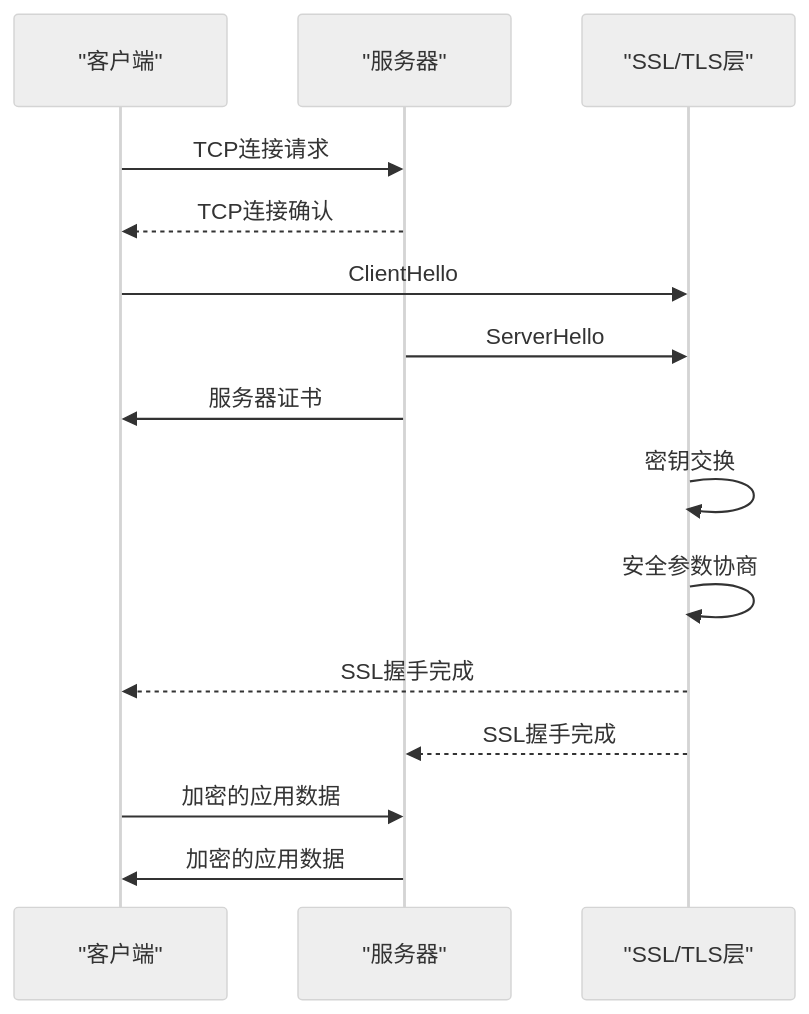
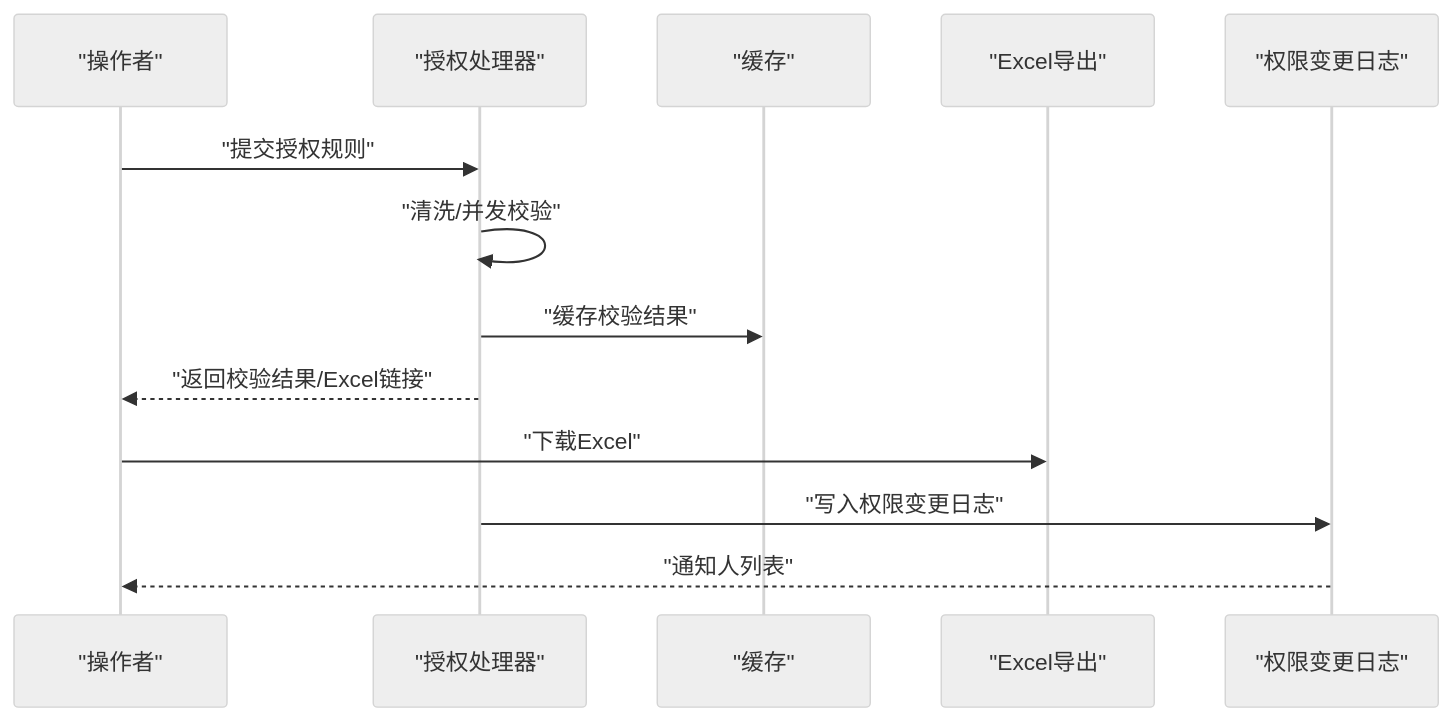
Before and after one commit to HACK-WU/blueking-dbm: the fourth of 7 diagrams in .qoder/repowiki/zh/content/安全考虑/安全考虑.md, drawn with Mermaid (neutral theme). The commit also changed other lines of this file and 343 other files, not shown here.

````diff
--- a/.qoder/repowiki/zh/content/安全考虑/安全考虑.md
+++ b/.qoder/repowiki/zh/content/安全考虑/安全考虑.md
@@ -68,17 +192,15 @@
 ```mermaid
 sequenceDiagram
-participant Client as "客户端"
-participant Server as "服务器"
-participant SSL as "SSL/TLS层"
-Client->>Server : TCP连接请求
-Server-->>Client : TCP连接确认
-Client->>SSL : ClientHello
-Server->>SSL : ServerHello
-Server->>Client : 服务器证书
-SSL->>SSL : 密钥交换
-SSL->>SSL : 安全参数协商
-SSL-->>Client : SSL握手完成
-SSL-->>Server : SSL握手完成
-Client->>Server : 加密的应用数据
-Server->>Client : 加密的应用数据
+participant U as "操作者"
+participant H as "授权处理器"
+participant C as "缓存"
+participant E as "Excel导出"
+participant L as "权限变更日志"
+U->>H : "提交授权规则"
+H->>H : "清洗/并发校验"
+H->>C : "缓存校验结果"
+H-->>U : "返回校验结果/Excel链接"
+U->>E : "下载Excel"
+H->>L : "写入权限变更日志"
+L-->>U : "通知人列表"
 ```
````
